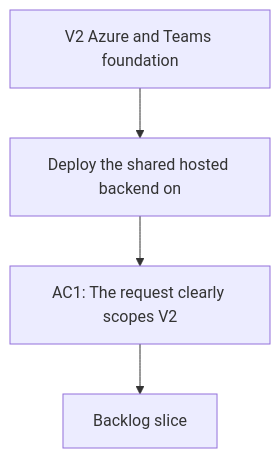
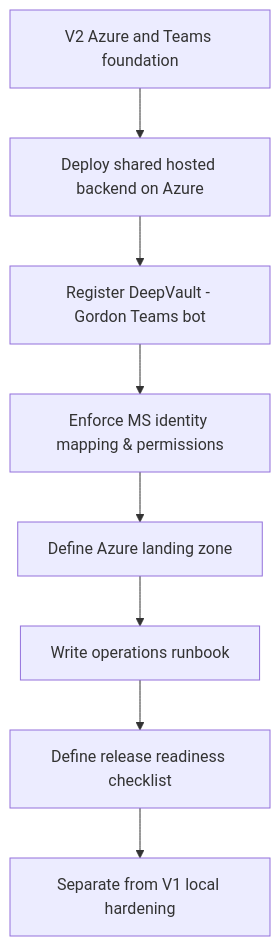
The diagram in logics/request/req_002_v2_azure_and_teams_foundation.md (AlexAgo83/deepvault), drawn with Mermaid before and after one commit. The commit also changed other lines of this file and 29 other files, not shown here.

First line of the commit message:
Add improvement roadmap: requests, backlog, and tasks for R15/R16/V2

````diff
--- a/logics/request/req_002_v2_azure_and_teams_foundation.md
+++ b/logics/request/req_002_v2_azure_and_teams_foundation.md
@@ -28,8 +28,12 @@
 ```mermaid
 %% logics-kind: request
 %% logics-signature: request|v2-azure-and-teams-foundation|deploy-the-shared-hosted-backend-on|ac1-the-request-clearly-scopes-v2
 flowchart TD
-    Trigger[V2 Azure and Teams foundation] --> Need[Deploy the shared hosted backend on]
-    Need --> Outcome[AC1: The request clearly scopes V2]
-    Outcome --> Backlog[Backlog slice]
+    Trigger[V2 Azure and Teams foundation] --> Backend[Deploy shared hosted backend on Azure]
+    Backend --> Bot[Register DeepVault - Gordon Teams bot]
+    Bot --> Identity[Enforce MS identity mapping & permissions]
+    Identity --> LandingZone[Define Azure landing zone]
+    LandingZone --> Runbook[Write operations runbook]
+    Runbook --> Checklist[Define release readiness checklist]
+    Checklist --> Done[Separate from V1 local hardening]
 ```
````
